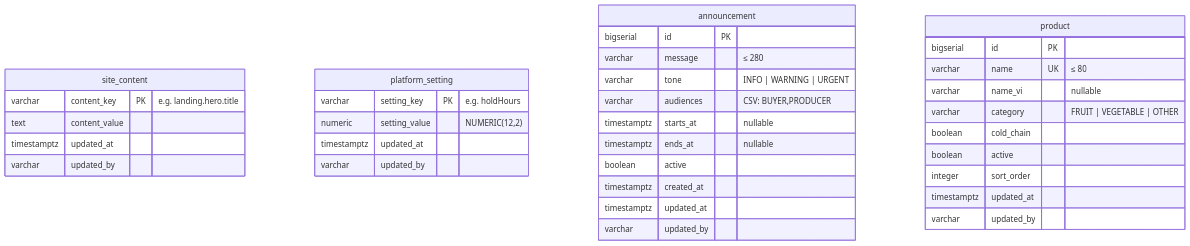
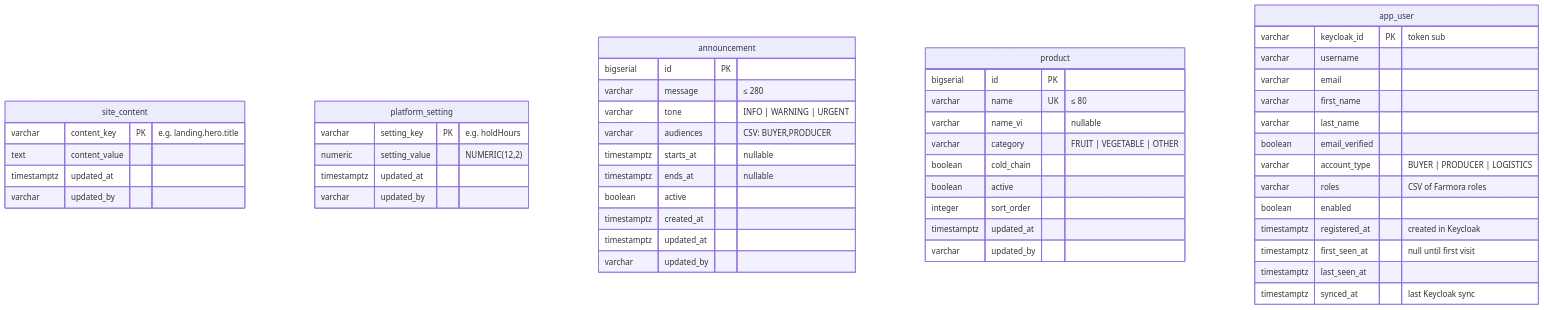
The fourth of 4 diagrams in docs/admin/README.md (DACN-Manifest-NongNh-p/agri-supply-demand-platform), drawn with Mermaid before and after one commit. The commit also changed other lines of this file and 21 other files, not shown here.

First line of the commit message:
feat: user table synced from Keycloak, Neon-ready database config

````diff
--- a/docs/admin/README.md
+++ b/docs/admin/README.md
@@ -255,38 +302,53 @@
 ```mermaid
 erDiagram
     site_content {
         varchar content_key PK "e.g. landing.hero.title"
         text content_value
         timestamptz updated_at
         varchar updated_by
     }
     platform_setting {
         varchar setting_key PK "e.g. holdHours"
         numeric setting_value "NUMERIC(12,2)"
         timestamptz updated_at
         varchar updated_by
     }
     announcement {
         bigserial id PK
         varchar message "≤ 280"
         varchar tone "INFO | WARNING | URGENT"
         varchar audiences "CSV: BUYER,PRODUCER"
         timestamptz starts_at "nullable"
         timestamptz ends_at "nullable"
         boolean active
         timestamptz created_at
         timestamptz updated_at
         varchar updated_by
     }
     product {
         bigserial id PK
         varchar name UK "≤ 80"
         varchar name_vi "nullable"
         varchar category "FRUIT | VEGETABLE | OTHER"
         boolean cold_chain
         boolean active
         integer sort_order
         timestamptz updated_at
         varchar updated_by
     }
+    app_user {
+        varchar keycloak_id PK "token sub"
+        varchar username
+        varchar email
+        varchar first_name
+        varchar last_name
+        boolean email_verified
+        varchar account_type "BUYER | PRODUCER | LOGISTICS"
+        varchar roles "CSV of Farmora roles"
+        boolean enabled
+        timestamptz registered_at "created in Keycloak"
+        timestamptz first_seen_at "null until first visit"
+        timestamptz last_seen_at
+        timestamptz synced_at "last Keycloak sync"
+    }
 ```
````
